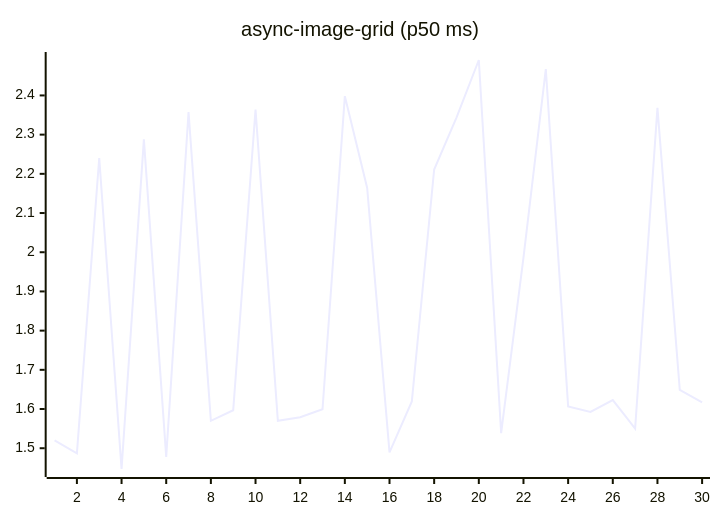
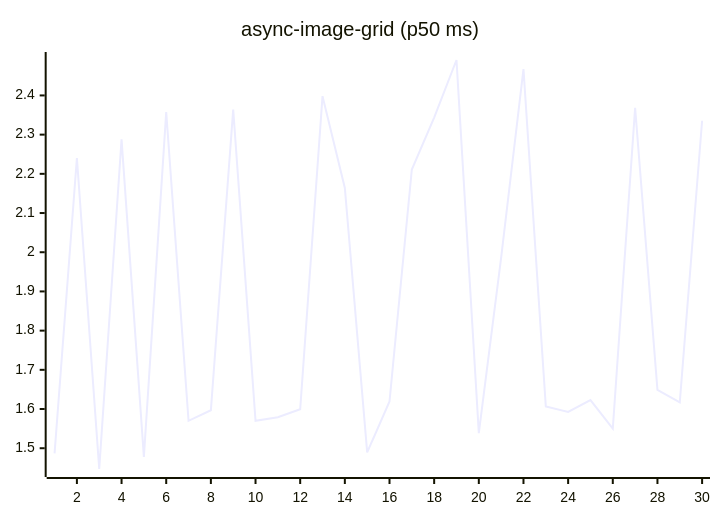
Before and after one commit to josha/Facet: the fifth of 27 diagrams in README.md, drawn with Mermaid. The commit also changed other lines of this file and 2 other files, not shown here.

````diff
--- a/README.md
+++ b/README.md
@@ -91,6 +91,6 @@
 ```mermaid
 xychart-beta
     title "async-image-grid (p50 ms)"
     x-axis 1 --> 30
-    line [1.5200, 1.4868, 2.2404, 1.4470, 2.2880, 1.4779, 2.3575, 1.5699, 1.5969, 2.3640, 1.5700, 1.5790, 1.5994, 2.3982, 2.1641, 1.4893, 1.6193, 2.2110, 2.3435, 2.4904, 1.5386, 1.9864, 2.4670, 1.6066, 1.5928, 1.6229, 1.5501, 2.3685, 1.6487, 1.6169]
+    line [1.4868, 2.2404, 1.4470, 2.2880, 1.4779, 2.3575, 1.5699, 1.5969, 2.3640, 1.5700, 1.5790, 1.5994, 2.3982, 2.1641, 1.4893, 1.6193, 2.2110, 2.3435, 2.4904, 1.5386, 1.9864, 2.4670, 1.6066, 1.5928, 1.6229, 1.5501, 2.3685, 1.6487, 1.6169, 2.3355]
 ```
````
